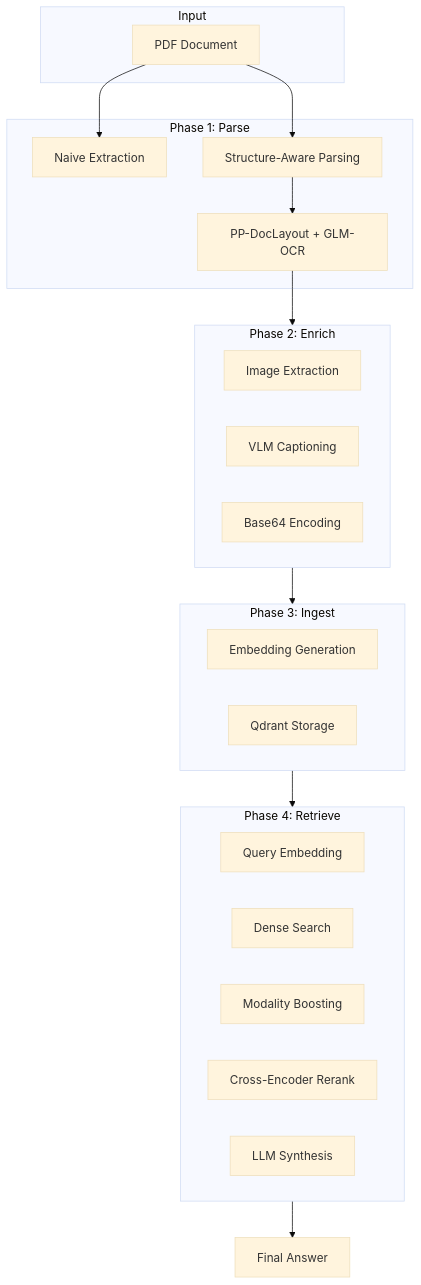
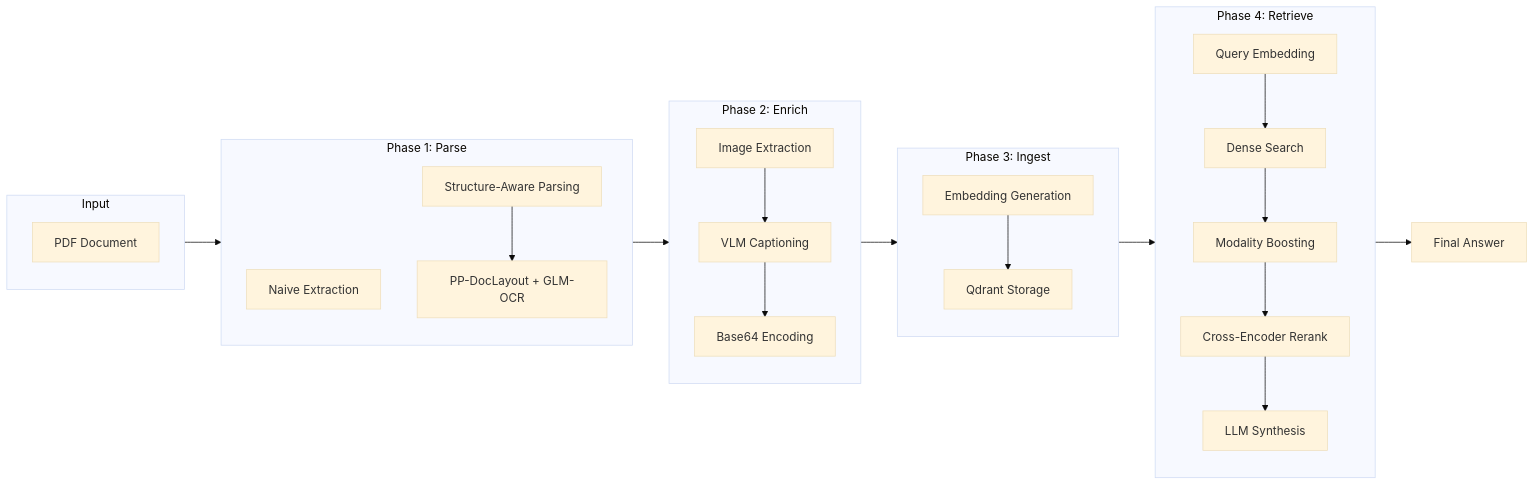
Before and after one commit to mohitagr18/multimodal_rag_article: the first of 10 diagrams in workflow.md, drawn with Mermaid (base theme). The commit also changed other lines of this file and 1 other file, not shown here.

````diff
--- a/workflow.md
+++ b/workflow.md
@@ -9,41 +9,48 @@
 ```mermaid
-flowchart TB
-    subgraph Input
+flowchart LR
+    subgraph Input["Input"]
+        direction TB
         PDF[PDF Document]
     end
 
     subgraph Phase1["Phase 1: Parse"]
+        direction TB
         P1A[Naive Extraction]
         P1B[Structure-Aware Parsing]
         P1C[PP-DocLayout + GLM-OCR]
+        P1B --> P1C
     end
 
     subgraph Phase2["Phase 2: Enrich"]
+        direction TB
         P2A[Image Extraction]
         P2B[VLM Captioning]
         P2C[Base64 Encoding]
+        P2A --> P2B --> P2C
     end
 
     subgraph Phase3["Phase 3: Ingest"]
+        direction TB
         P3A[Embedding Generation]
         P3B[Qdrant Storage]
+        P3A --> P3B
     end
 
     subgraph Phase4["Phase 4: Retrieve"]
+        direction TB
         P4A[Query Embedding]
         P4B[Dense Search]
         P4C[Modality Boosting]
         P4D[Cross-Encoder Rerank]
         P4E[LLM Synthesis]
+        P4A --> P4B --> P4C --> P4D --> P4E
     end
 
     Output[Final Answer]
 
-    PDF --> P1A
-    PDF --> P1B
-    P1B --> P1C
-    P1C --> Phase2
+    Input --> Phase1
+    Phase1 --> Phase2
     Phase2 --> Phase3
     Phase3 --> Phase4
     Phase4 --> Output
 ```
````
